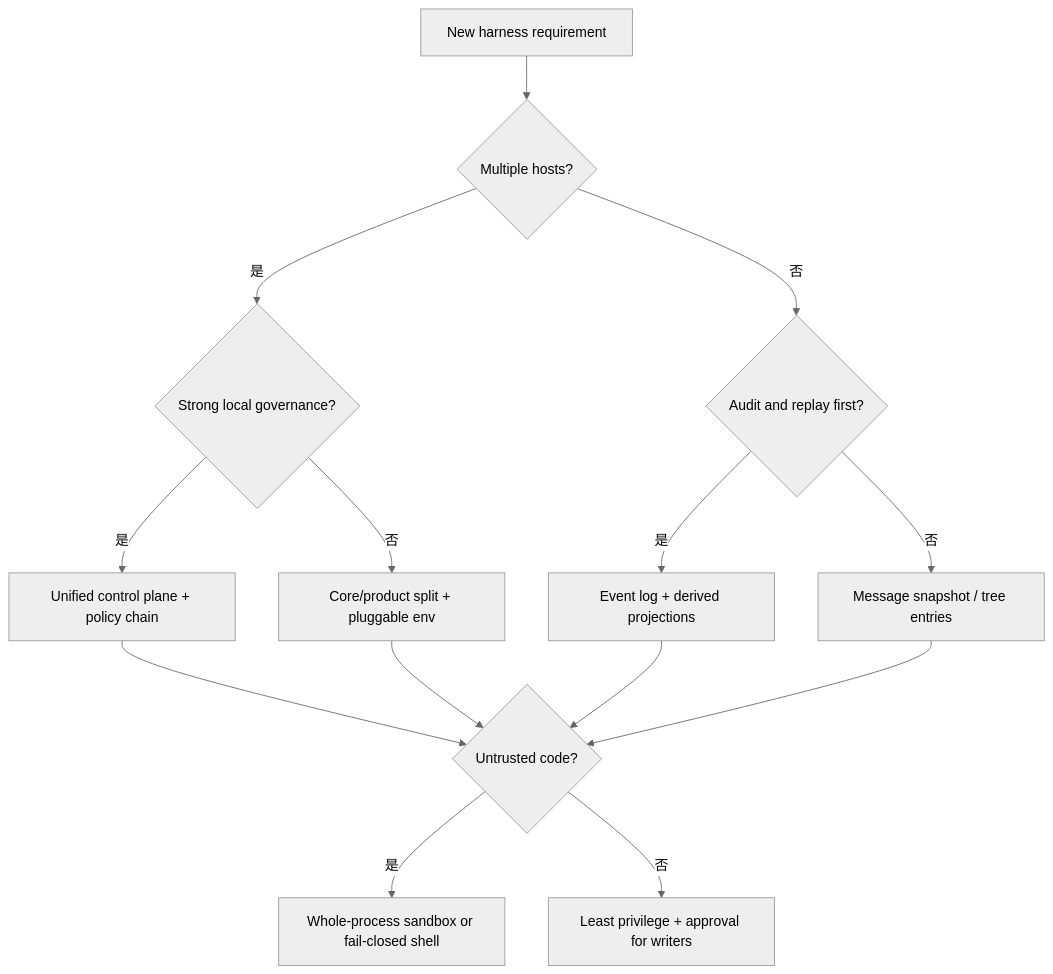
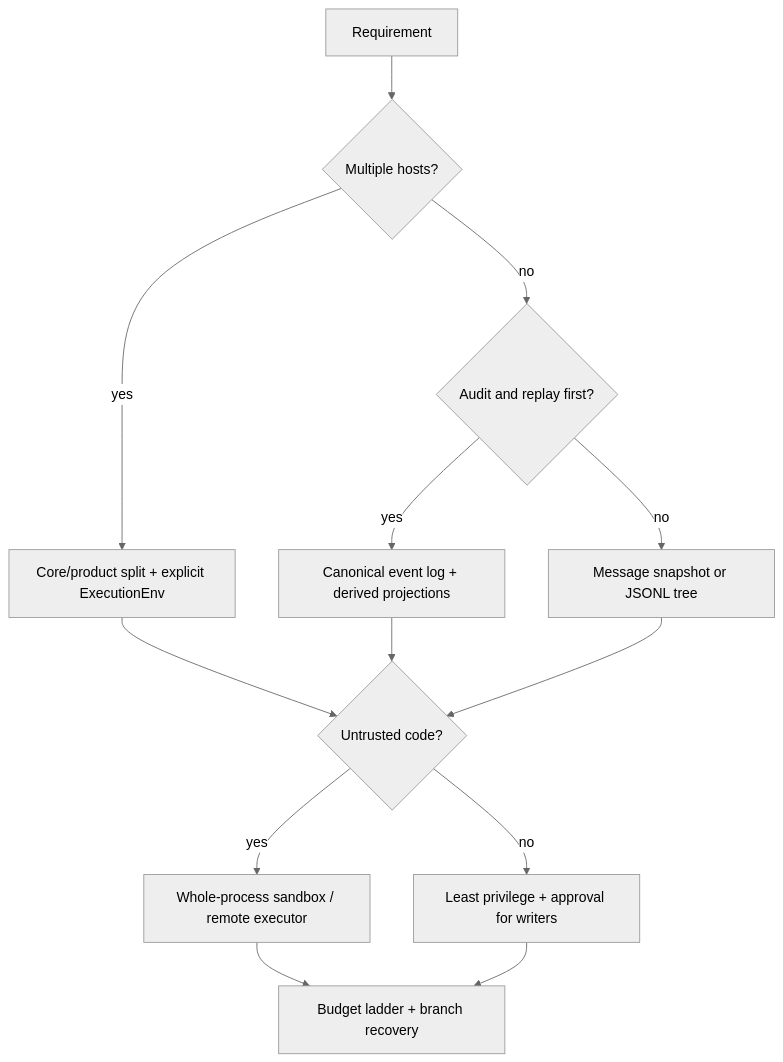
Before and after one commit to xiaoslin9153/awesome-agent-harness-tutorial: the second of 2 diagrams in tutorial/zh-CN/04-comparisons/patterns.md, drawn with Mermaid (neutral theme). The commit also changed other lines of this file and 4 other files, not shown here.

````diff
--- a/tutorial/zh-CN/04-comparisons/patterns.md
+++ b/tutorial/zh-CN/04-comparisons/patterns.md
@@ -35,16 +73,15 @@
 ```mermaid
 flowchart TD
-  A[New harness requirement] --> B{Multiple hosts?}
-  B -- 是 --> C{Strong local governance?}
-  C -- 是 --> D[Unified control plane + policy chain]
-  C -- 否 --> E[Core/product split + pluggable env]
-  B -- 否 --> F{Audit and replay first?}
-  F -- 是 --> G[Event log + derived projections]
-  F -- 否 --> H[Message snapshot / tree entries]
-  D --> I{Untrusted code?}
-  E --> I
-  G --> I
-  H --> I
-  I -- 是 --> J[Whole-process sandbox or fail-closed shell]
-  I -- 否 --> K[Least privilege + approval for writers]
+  A[Requirement] --> B{Multiple hosts?}
+  B -- yes --> C[Core/product split + explicit ExecutionEnv]
+  B -- no --> D{Audit and replay first?}
+  D -- yes --> E[Canonical event log + derived projections]
+  D -- no --> F[Message snapshot or JSONL tree]
+  C --> G{Untrusted code?}
+  E --> G
+  F --> G
+  G -- yes --> H[Whole-process sandbox / remote executor]
+  G -- no --> I[Least privilege + approval for writers]
+  H --> J[Budget ladder + branch recovery]
+  I --> J
 ```
````
